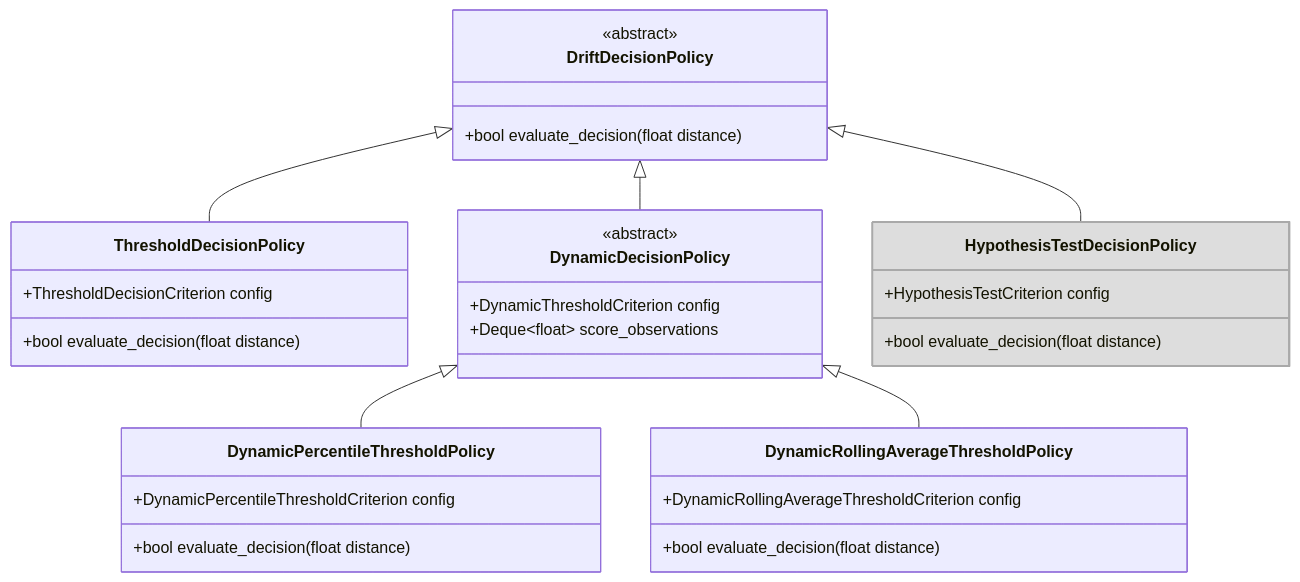
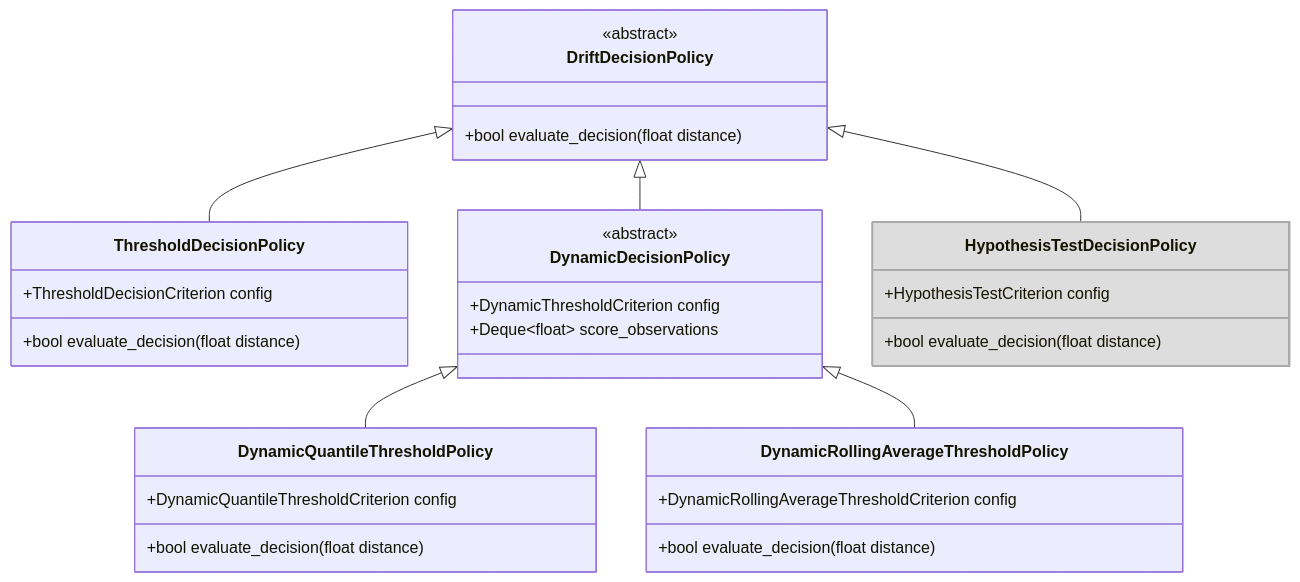
The fifth of 5 diagrams in docs/pipeline/triggers/DRIFT_TRIGGER.md (eth-easl/modyn), drawn with Mermaid before and after one commit. The commit also changed other lines of this file and 10 other files, not shown here.

````diff
--- a/docs/pipeline/triggers/DRIFT_TRIGGER.md
+++ b/docs/pipeline/triggers/DRIFT_TRIGGER.md
@@ -237,41 +237,41 @@
 ```mermaid
 classDiagram
     class DriftDecisionPolicy {
         <<abstract>>
         +bool evaluate_decision(float distance)
     }
 
     class ThresholdDecisionPolicy {
         +ThresholdDecisionCriterion config
         +bool evaluate_decision(float distance)
     }
 
     class DynamicDecisionPolicy {
         <<abstract>>
         +DynamicThresholdCriterion config
         +Deque~float~ score_observations
     }
 
-    class DynamicPercentileThresholdPolicy {
-        +DynamicPercentileThresholdCriterion config
+    class DynamicQuantileThresholdPolicy {
+        +DynamicQuantileThresholdCriterion config
         +bool evaluate_decision(float distance)
     }
 
     class DynamicRollingAverageThresholdPolicy {
         +DynamicRollingAverageThresholdCriterion config
         +bool evaluate_decision(float distance)
     }
 
     class HypothesisTestDecisionPolicy {
         +HypothesisTestCriterion config
         +bool evaluate_decision(float distance)
     }
 
     DriftDecisionPolicy <|-- ThresholdDecisionPolicy
     DriftDecisionPolicy <|-- DynamicDecisionPolicy
-    DynamicDecisionPolicy <|-- DynamicPercentileThresholdPolicy
+    DynamicDecisionPolicy <|-- DynamicQuantileThresholdPolicy
     DynamicDecisionPolicy <|-- DynamicRollingAverageThresholdPolicy
     DriftDecisionPolicy <|-- HypothesisTestDecisionPolicy
 
     style HypothesisTestDecisionPolicy fill:#DDDDDD,stroke:#A9A9A9,stroke-width:2px
 ```
````
